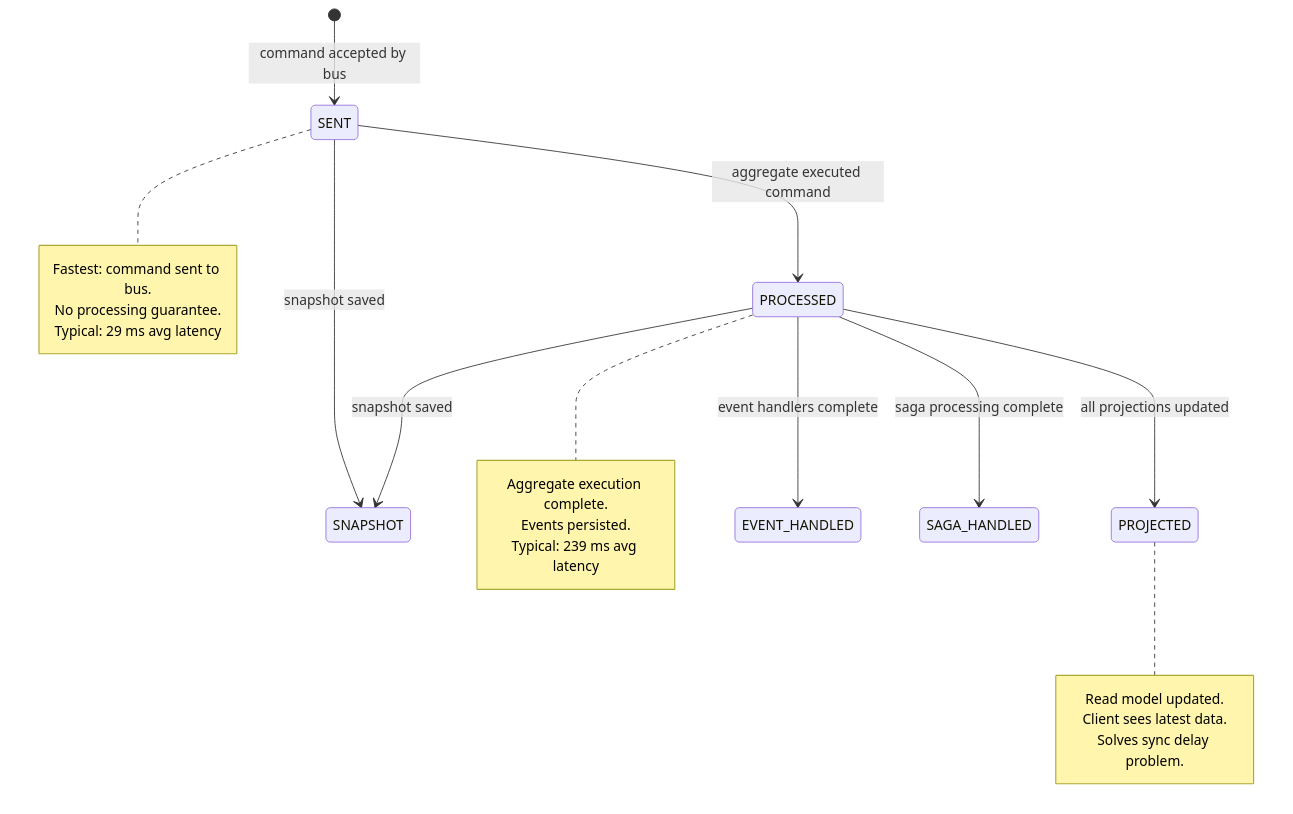
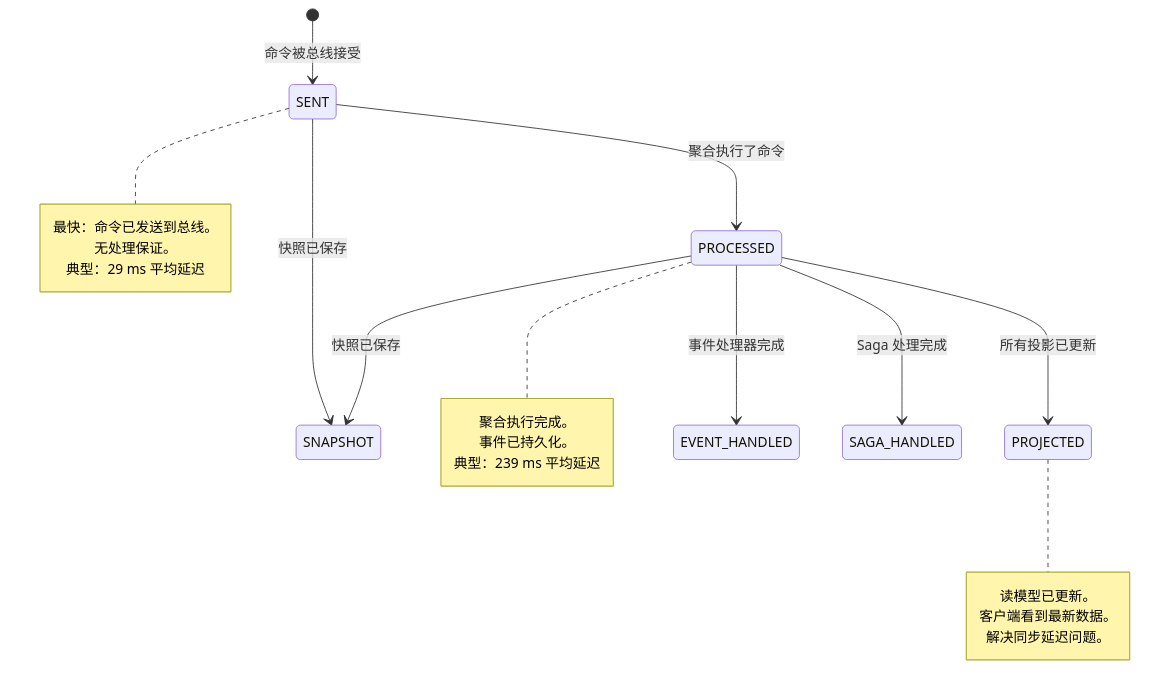
One commit to Ahoo-Wang/Wow changed the third of 6 diagrams in documentation/docs/zh/guide/advanced/architecture.md. Above: the diagram before and after it, drawn with Mermaid. The commit also changed other lines of this file and 11 other files, not shown here.

````diff
--- a/documentation/docs/zh/guide/advanced/architecture.md
+++ b/documentation/docs/zh/guide/advanced/architecture.md
@@ -199,29 +199,29 @@
 ```mermaid
 stateDiagram-v2
-    [*] --> SENT : command accepted by bus
-    SENT --> PROCESSED : aggregate executed command
-    SENT --> SNAPSHOT : snapshot saved
-    PROCESSED --> SNAPSHOT : snapshot saved
-    PROCESSED --> PROJECTED : all projections updated
-    PROCESSED --> EVENT_HANDLED : event handlers complete
-    PROCESSED --> SAGA_HANDLED : saga processing complete
+    [*] --> SENT : 命令被总线接受
+    SENT --> PROCESSED : 聚合执行了命令
+    SENT --> SNAPSHOT : 快照已保存
+    PROCESSED --> SNAPSHOT : 快照已保存
+    PROCESSED --> PROJECTED : 所有投影已更新
+    PROCESSED --> EVENT_HANDLED : 事件处理器完成
+    PROCESSED --> SAGA_HANDLED : Saga 处理完成
 
     note right of SENT
-        Fastest: command sent to bus.
-        No processing guarantee.
-        Typical: 29 ms avg latency
+        最快：命令已发送到总线。
+        无处理保证。
+        典型：29 ms 平均延迟
     end note
 
     note right of PROCESSED
-        Aggregate execution complete.
-        Events persisted.
-        Typical: 239 ms avg latency
+        聚合执行完成。
+        事件已持久化。
+        典型：239 ms 平均延迟
     end note
 
     note right of PROJECTED
-        Read model updated.
-        Client sees latest data.
-        Solves sync delay problem.
+        读模型已更新。
+        客户端看到最新数据。
+        解决同步延迟问题。
     end note
 
 ```
````
